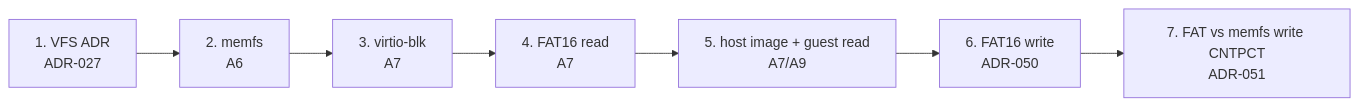
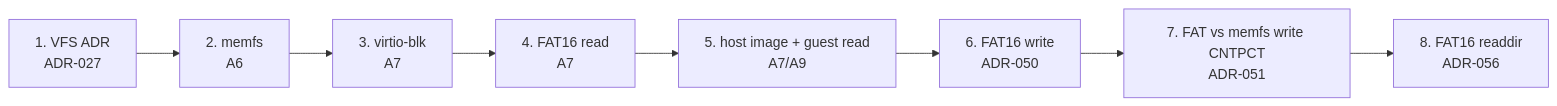
Before and after one commit to artofdream/ctos: the diagram in docs/overview/filesystem.md, drawn with Mermaid. The commit also changed other lines of this file and 14 other files, not shown here.

First line of the commit message:
feat: FAT16 root readdir behind thin VFS (ADR-056)

````diff
--- a/docs/overview/filesystem.md
+++ b/docs/overview/filesystem.md
@@ -28,9 +29,10 @@
 ```mermaid
 flowchart LR
   V["1. VFS ADR<br/>ADR-027"] --> M["2. memfs<br/>A6"]
   M --> B["3. virtio-blk<br/>A7"]
   B --> F["4. FAT16 read<br/>A7"]
   F --> H["5. host image + guest read<br/>A7/A9"]
   H --> W["6. FAT16 write<br/>ADR-050"]
   W --> P["7. FAT vs memfs write CNTPCT<br/>ADR-051"]
+  P --> R["8. FAT16 readdir<br/>ADR-056"]
 ```
````
